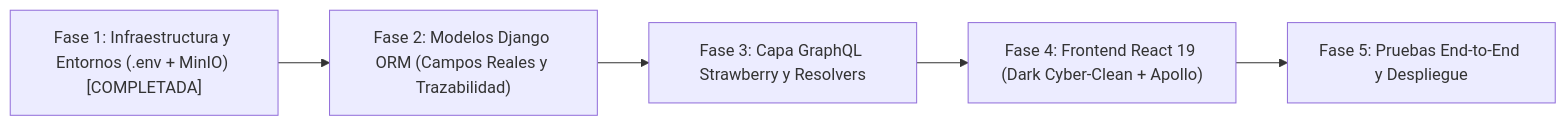
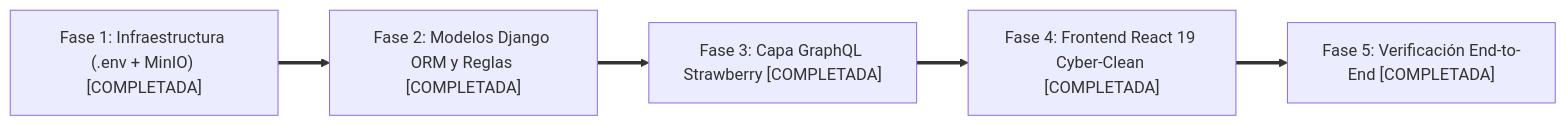
The diagram in Docs/05_ROADMAP_Y_PLAN_DE_REACTIVACION.md (AireyuC/proyectoPF), drawn with Mermaid before and after one commit. The commit also changed other lines of this file and 9 other files, not shown here.

````diff
--- a/Docs/05_ROADMAP_Y_PLAN_DE_REACTIVACION.md
+++ b/Docs/05_ROADMAP_Y_PLAN_DE_REACTIVACION.md
@@ -9,13 +9,13 @@
 ```mermaid
 graph LR
-    Fase1["Fase 1: Infraestructura y Entornos (.env + MinIO) [COMPLETADA]"]
-    Fase2["Fase 2: Modelos Django ORM (Campos Reales y Trazabilidad)"]
-    Fase3["Fase 3: Capa GraphQL Strawberry y Resolvers"]
-    Fase4["Fase 4: Frontend React 19 (Dark Cyber-Clean + Apollo)"]
-    Fase5["Fase 5: Pruebas End-to-End y Despliegue"]
+    Fase1["Fase 1: Infraestructura (.env + MinIO) [COMPLETADA]"]
+    Fase2["Fase 2: Modelos Django ORM y Reglas [COMPLETADA]"]
+    Fase3["Fase 3: Capa GraphQL Strawberry [COMPLETADA]"]
+    Fase4["Fase 4: Frontend React 19 Cyber-Clean [COMPLETADA]"]
+    Fase5["Fase 5: Verificación End-to-End [COMPLETADA]"]
 
-    Fase1 --> Fase2
-    Fase2 --> Fase3
-    Fase3 --> Fase4
-    Fase4 --> Fase5
+    Fase1 ==> Fase2
+    Fase2 ==> Fase3
+    Fase3 ==> Fase4
+    Fase4 ==> Fase5
 ```
````
